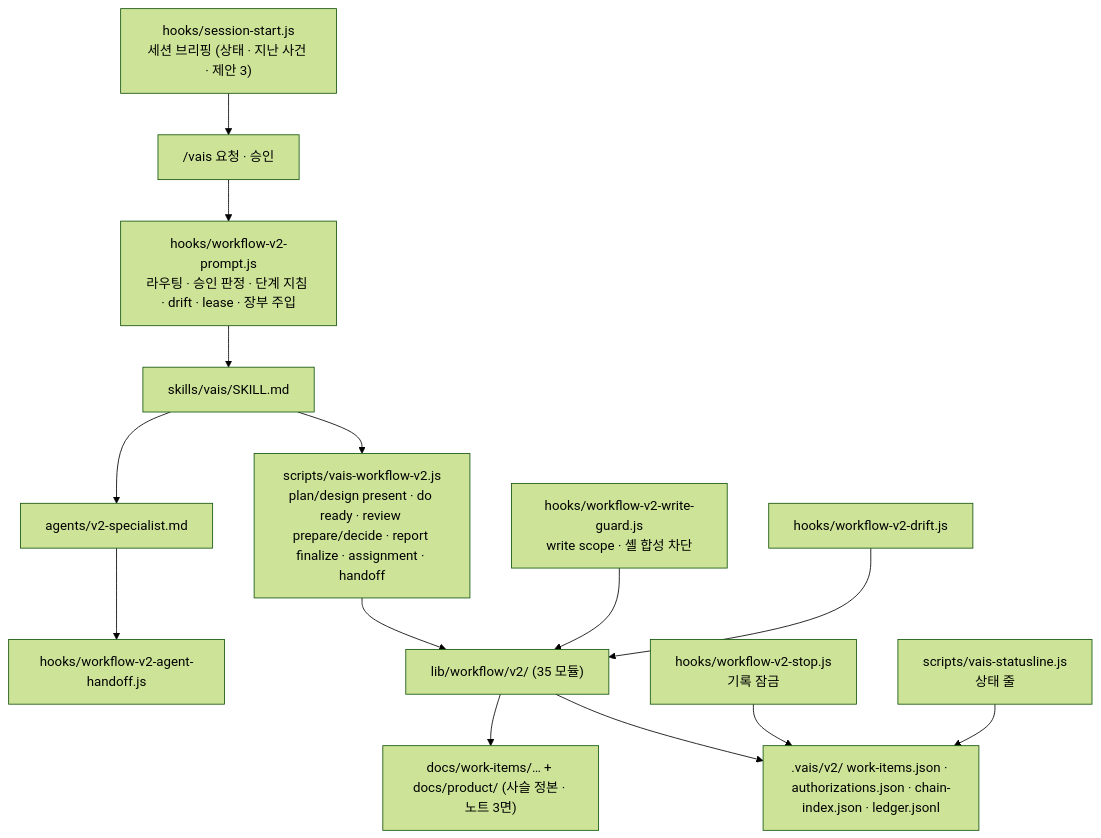
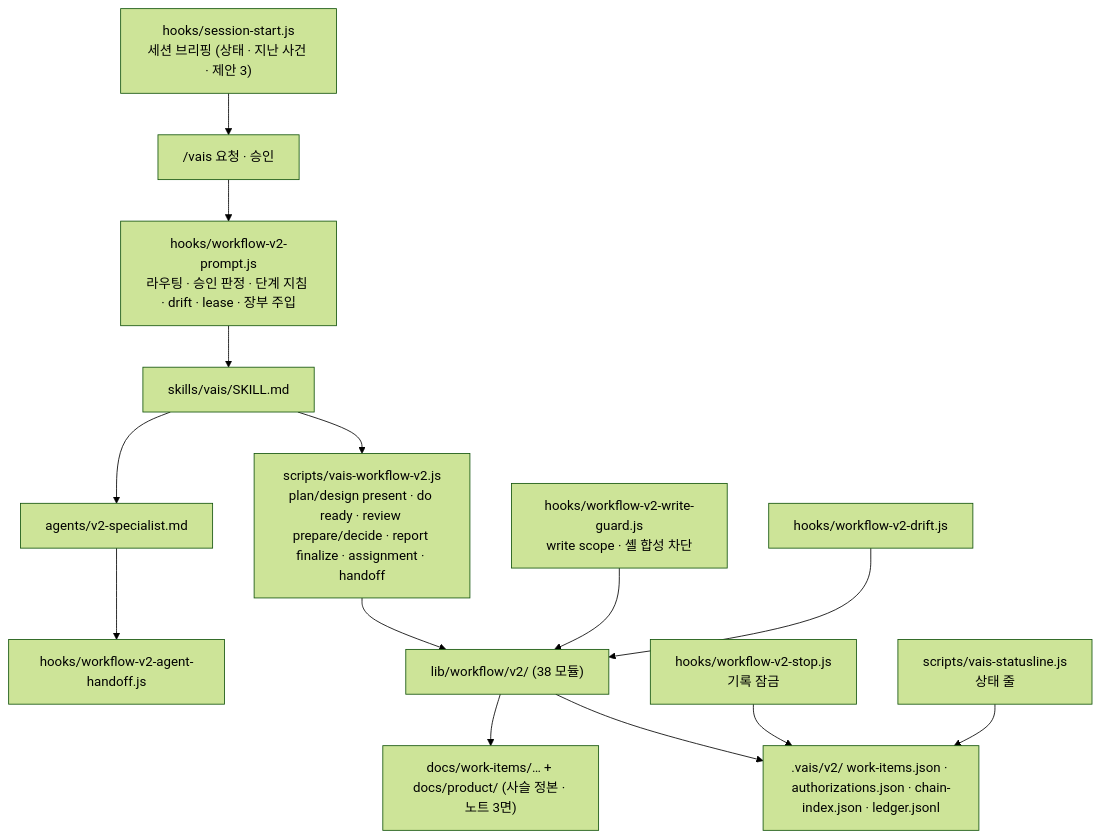
One commit to ghlee3401/vais-claude-code changed the diagram in ONBOARDING.md. Above: the diagram before and after it, drawn with Mermaid (forest theme). The commit also changed 39 other files, not shown here.

````diff
--- a/ONBOARDING.md
+++ b/ONBOARDING.md
@@ -27,16 +27,16 @@
 ```mermaid
 flowchart TB
     START["hooks/session-start.js<br/>세션 브리핑 (상태 · 지난 사건 · 제안 3)"] --> USER
     USER["/vais 요청 · 승인"] --> PROMPT["hooks/workflow-v2-prompt.js<br/>라우팅 · 승인 판정 · 단계 지침 · drift · lease · 장부 주입"]
     PROMPT --> SKILL["skills/vais/SKILL.md"]
     SKILL --> CLI["scripts/vais-workflow-v2.js<br/>plan/design present · do ready · review prepare/decide · report finalize · assignment · handoff"]
-    CLI --> LIB["lib/workflow/v2/ (35 모듈)"]
+    CLI --> LIB["lib/workflow/v2/ (38 모듈)"]
     LIB --> STATE[".vais/v2/ work-items.json · authorizations.json · chain-index.json · ledger.jsonl"]
     LIB --> DOCS["docs/work-items/… + docs/product/ (사슬 정본 · 노트 3면)"]
     SKILL --> AGENT["agents/v2-specialist.md"]
     AGENT --> HANDOFF["hooks/workflow-v2-agent-handoff.js"]
     GUARD["hooks/workflow-v2-write-guard.js<br/>write scope · 셸 합성 차단"] --> LIB
     DRIFT["hooks/workflow-v2-drift.js"] --> LIB
     STOP["hooks/workflow-v2-stop.js<br/>기록 잠금"] --> STATE
     STATUS["scripts/vais-statusline.js<br/>상태 줄"] --> STATE
 ```
````
